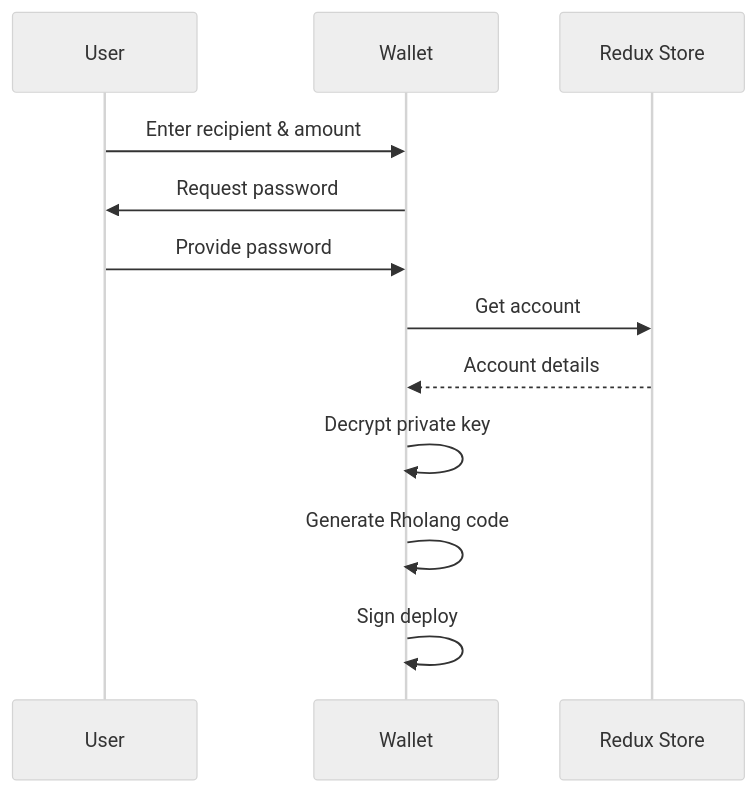
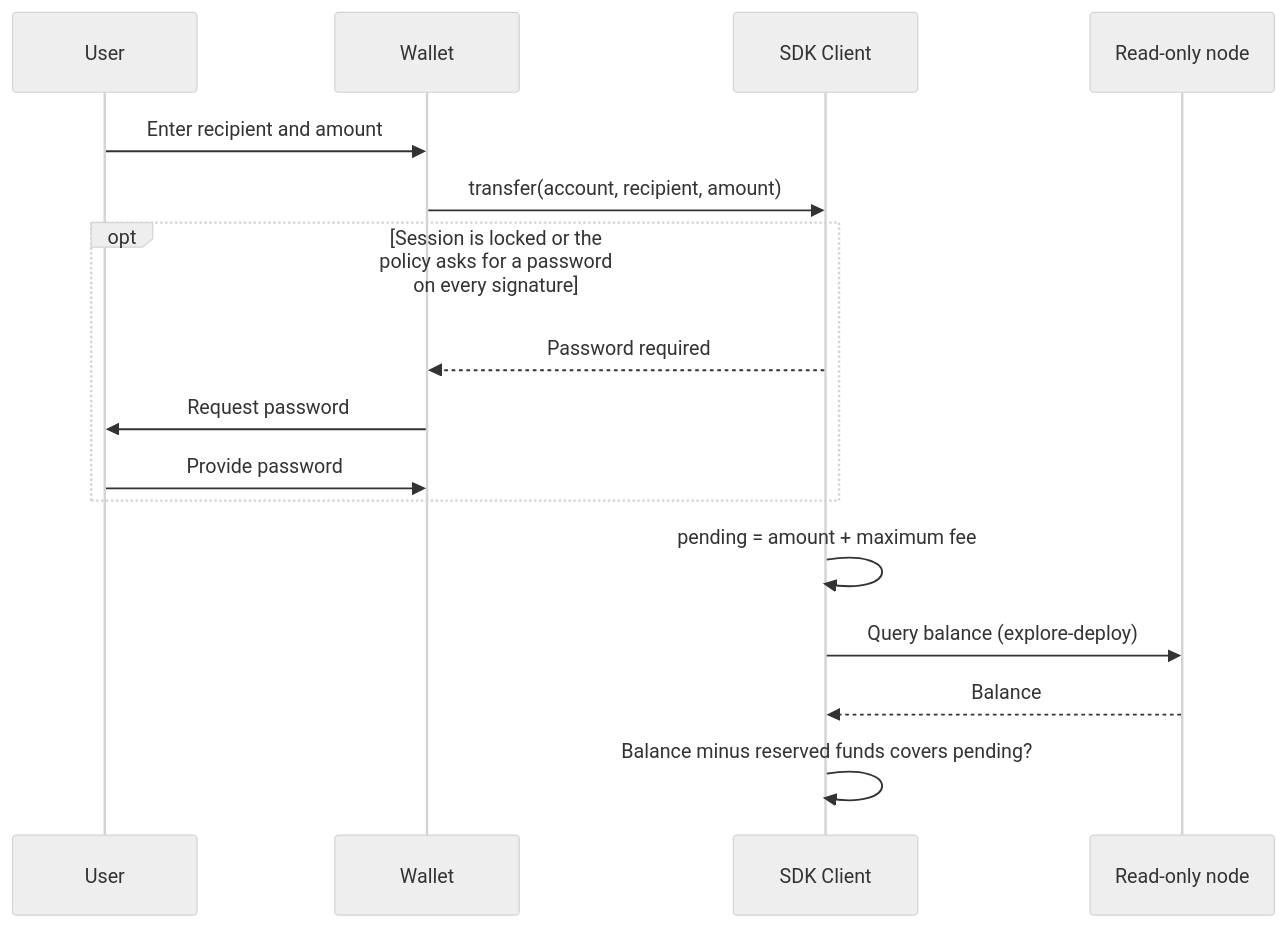
One commit to asi-alliance/asi-chain-docs-portal changed the first of 4 diagrams in architecture/sequence-diagrams/transaction/index.md. Above: the diagram before and after it, drawn with Mermaid (neutral theme). The commit also changed other lines of this file, not shown here.

Commit message:
[AS-913] Rewrite transaction flow into four phases

````diff
--- a/architecture/sequence-diagrams/transaction/index.md
+++ b/architecture/sequence-diagrams/transaction/index.md
@@ -17,17 +22,19 @@
 ```mermaid
 sequenceDiagram
     participant U as User
     participant W as Wallet
-    participant Store as Redux Store
-    
-    U->>W: Enter recipient & amount
-    W->>U: Request password
-    U->>W: Provide password
-    
-    W->>Store: Get account
-    Store-->>W: Account details
-    
-    W->>W: Decrypt private key
-    W->>W: Generate Rholang code
-    W->>W: Sign deploy
+    participant SDK as SDK Client
+    participant RN as Read-only node
+
+    U->>W: Enter recipient and amount
+    W->>SDK: transfer(account, recipient, amount)
+    opt Session is locked or the policy asks for a password on every signature
+        SDK-->>W: Password required
+        W->>U: Request password
+        U->>W: Provide password
+    end
+    SDK->>SDK: pending = amount + maximum fee
+    SDK->>RN: Query balance (explore-deploy)
+    RN-->>SDK: Balance
+    SDK->>SDK: Balance minus reserved funds covers pending?
 ```
````
